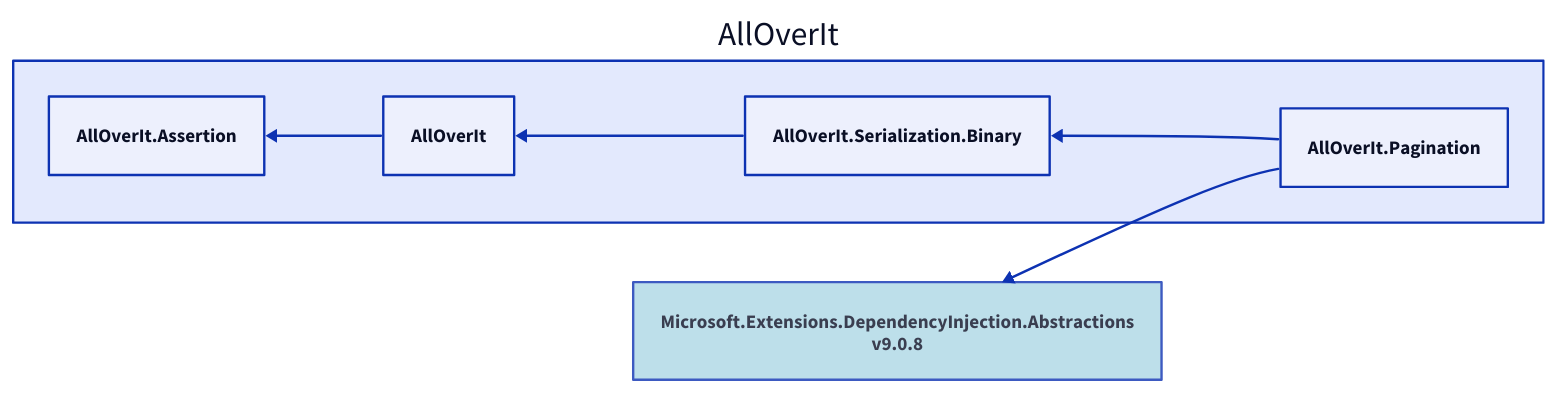
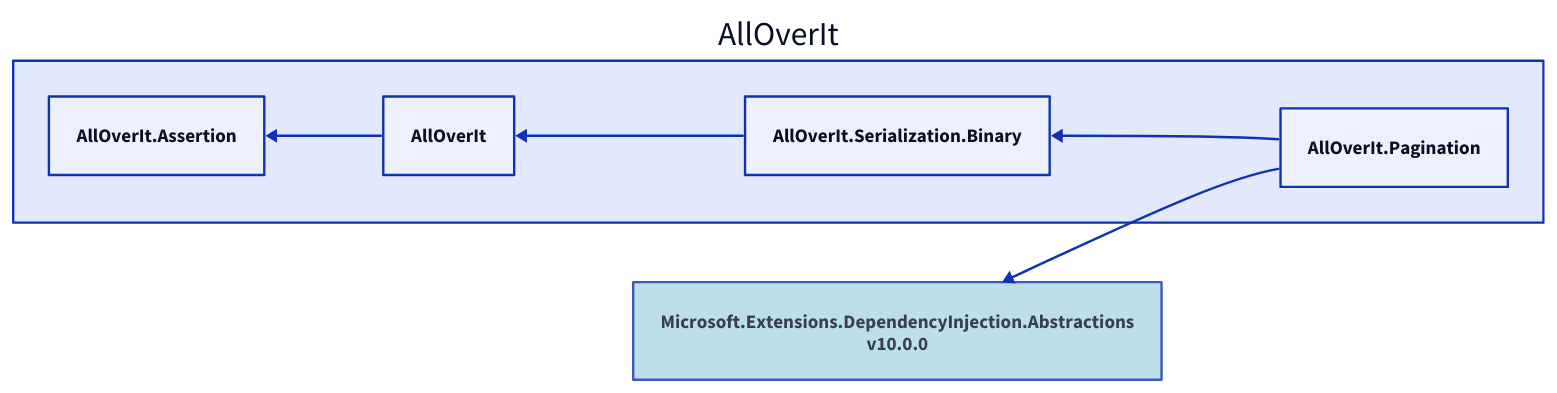
One commit to mjfreelancing/AllOverIt changed the diagram in Docs/Reference/Content/images/dependencies/net9.0/alloverit-pagination.d2. Above: the diagram before and after it, drawn with D2. The commit also changed 300 other files, not shown here.

```diff
--- a/Docs/Reference/Content/images/dependencies/net9.0/alloverit-pagination.d2
+++ b/Docs/Reference/Content/images/dependencies/net9.0/alloverit-pagination.d2
@@ -1,14 +1,14 @@
 direction: left
 
 aoi: AllOverIt
 aoi.alloverit-pagination: AllOverIt.Pagination
-microsoft-extensions-dependencyinjection-abstractions_9-0-8: Microsoft.Extensions.DependencyInjection.Abstractions\nv9.0.8
-microsoft-extensions-dependencyinjection-abstractions_9-0-8.style.fill: "#ADD8E6"
-microsoft-extensions-dependencyinjection-abstractions_9-0-8.style.opacity: 0.8
-microsoft-extensions-dependencyinjection-abstractions_9-0-8 <- aoi.alloverit-pagination
+microsoft-extensions-dependencyinjection-abstractions_10-0-0: Microsoft.Extensions.DependencyInjection.Abstractions\nv10.0.0
+microsoft-extensions-dependencyinjection-abstractions_10-0-0.style.fill: "#ADD8E6"
+microsoft-extensions-dependencyinjection-abstractions_10-0-0.style.opacity: 0.8
+microsoft-extensions-dependencyinjection-abstractions_10-0-0 <- aoi.alloverit-pagination
 aoi.alloverit-serialization-binary: AllOverIt.Serialization.Binary
 aoi.alloverit: AllOverIt
 aoi.alloverit-assertion: AllOverIt.Assertion
 aoi.alloverit-assertion <- aoi.alloverit
 aoi.alloverit <- aoi.alloverit-serialization-binary
 aoi.alloverit-serialization-binary <- aoi.alloverit-pagination
```
